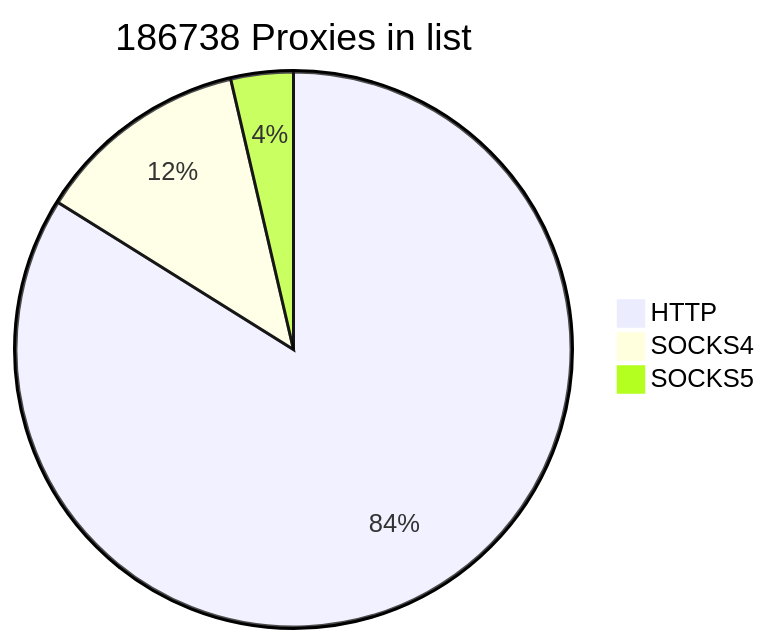
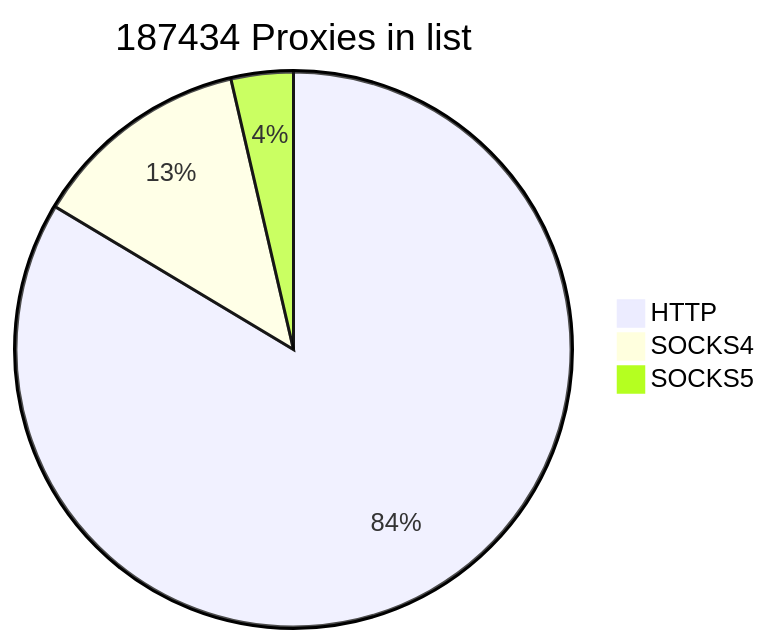
The first of 2 diagrams in README.md (cutipu/proxylist), drawn with Mermaid before and after one commit. The commit also changed other lines of this file, not shown here.

````diff
--- a/README.md
+++ b/README.md
@@ -2,7 +2,7 @@
 ```mermaid
-pie title 186738 Proxies in list
-    "HTTP" : 156656
-    "SOCKS4" : 23298
+pie title 187434 Proxies in list
+    "HTTP" : 156681
+    "SOCKS4" : 23969
     "SOCKS5" : 6784
             
 ```
````
